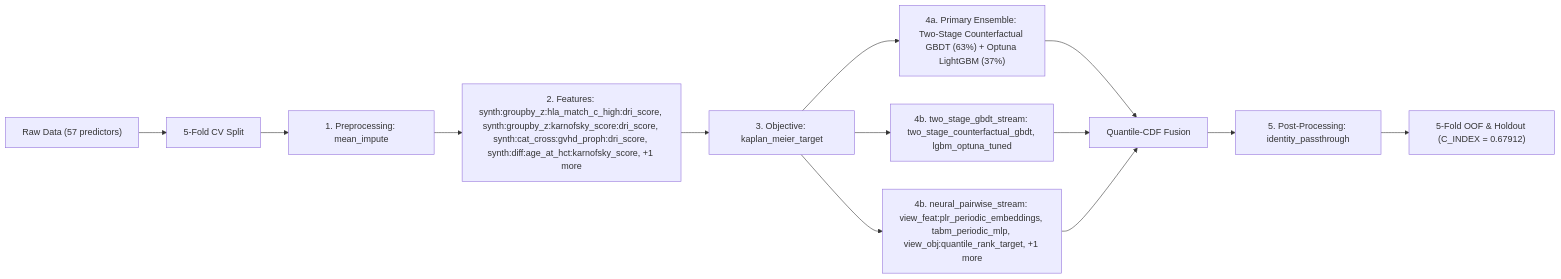
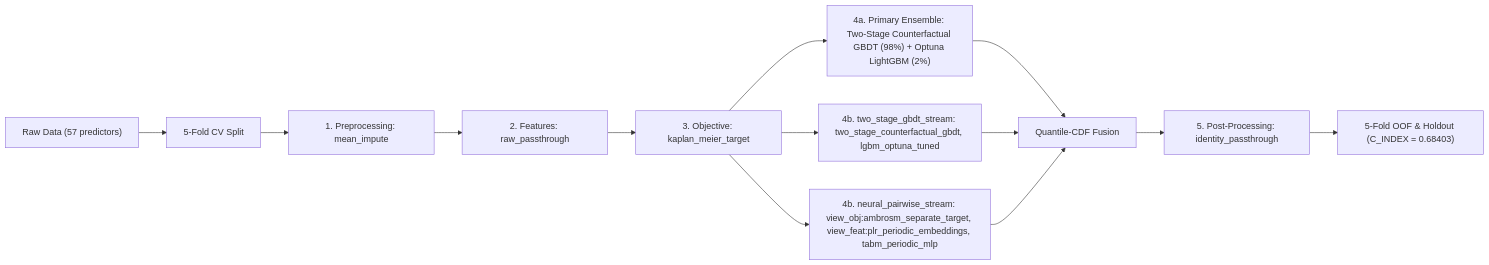
One commit to stefanoclss/CIBMTR-Equity-in-Post-HCT-Survival-Predictions changed the diagram in README.md. Above: the diagram before and after it, drawn with Mermaid. The commit also changed other lines of this file, not shown here.

First line of the commit message:
docs(readme): refresh verified OOF benchmark & build ledger (C_INDEX=0.68403)

````diff
--- a/README.md
+++ b/README.md
@@ -74,15 +70,15 @@
 ```mermaid
 flowchart LR
     DATA["Raw Data (57 predictors)"] --> SPLIT["5-Fold CV Split"]
     SPLIT --> PRE["1. Preprocessing: mean_impute"]
-    PRE --> FEAT["2. Features: synth:groupby_z:hla_match_c_high:dri_score, synth:groupby_z:karnofsky_score:dri_score, synth:cat_cross:gvhd_proph:dri_score, synth:diff:age_at_hct:karnofsky_score, +1 more"]
+    PRE --> FEAT["2. Features: raw_passthrough"]
     FEAT --> OBJ["3. Objective: kaplan_meier_target"]
-    OBJ --> M0["4a. Primary Ensemble: Two-Stage Counterfactual GBDT (63%) + Optuna LightGBM (37%)"]
+    OBJ --> M0["4a. Primary Ensemble: Two-Stage Counterfactual GBDT (98%) + Optuna LightGBM (2%)"]
     M0 --> FUSE["Quantile-CDF Fusion"]
     OBJ --> S1["4b. two_stage_gbdt_stream: two_stage_counterfactual_gbdt, lgbm_optuna_tuned"]
     S1 --> FUSE
-    OBJ --> S2["4b. neural_pairwise_stream: view_feat:plr_periodic_embeddings, tabm_periodic_mlp, view_obj:quantile_rank_target, +1 more"]
+    OBJ --> S2["4b. neural_pairwise_stream: view_obj:ambrosm_separate_target, view_feat:plr_periodic_embeddings, tabm_periodic_mlp"]
     S2 --> FUSE
     FUSE --> POST["5. Post-Processing: identity_passthrough"]
-    POST --> OUT["5-Fold OOF & Holdout (C_INDEX = 0.67912)"]
+    POST --> OUT["5-Fold OOF & Holdout (C_INDEX = 0.68403)"]
 ```
````
